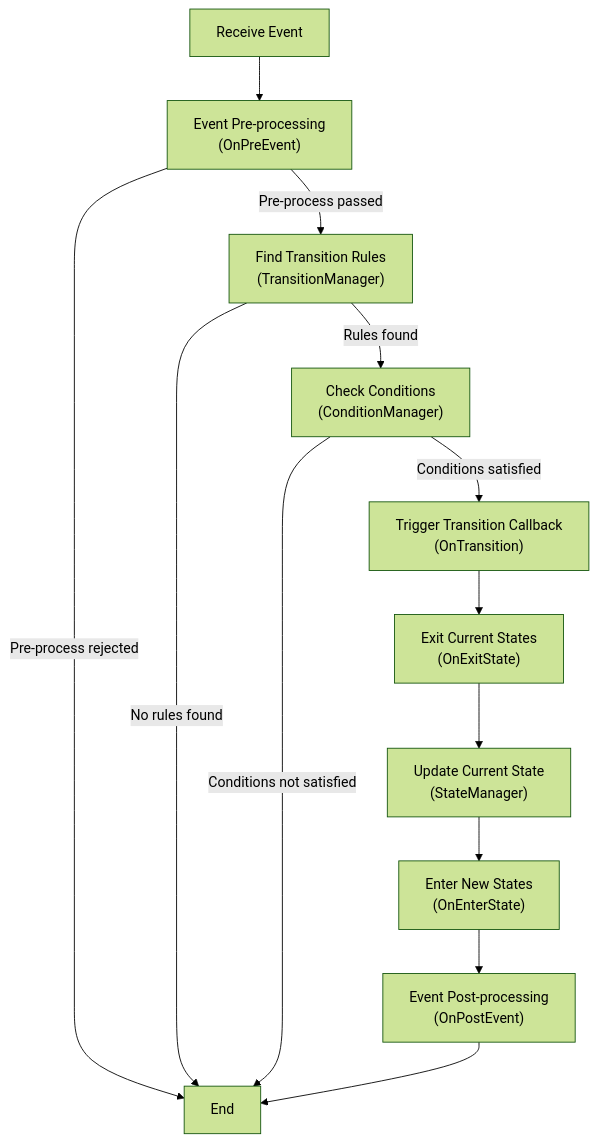
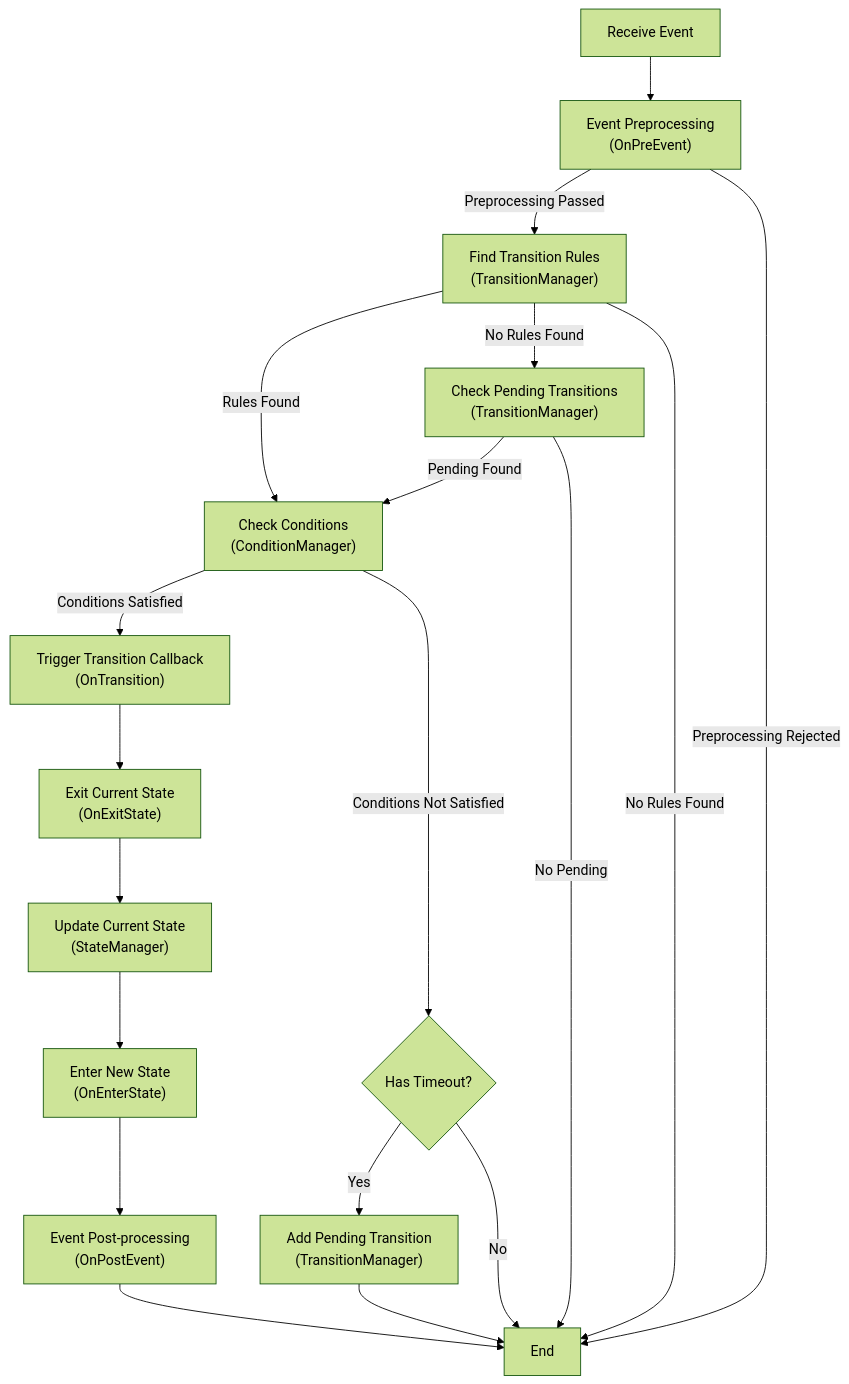
Before and after one commit to JUSTLIKEHU/StateMachine_Frame: the second of 6 diagrams in README.md, drawn with Mermaid (forest theme). The commit also changed other lines of this file and 18 other files, not shown here.

Commit message:
feat(smf): Support condition/transition timeout

````diff
--- a/README.md
+++ b/README.md
@@ -1151,18 +1227,26 @@
 ```mermaid
 graph TD
-    Start[Receive Event] --> PreProcess["Event Pre-processing<br>(OnPreEvent)"]
-    PreProcess -- Pre-process passed --> FindRules["Find Transition Rules<br>(TransitionManager)"]
-    PreProcess -- Pre-process rejected --> End[End]
+    Start[Receive Event] --> PreProcess["Event Preprocessing<br>(OnPreEvent)"]
+    PreProcess -- Preprocessing Passed --> FindRules["Find Transition Rules<br>(TransitionManager)"]
+    PreProcess -- Preprocessing Rejected --> End[End]
     
-    FindRules -- Rules found --> CheckCond["Check Conditions<br>(ConditionManager)"]
-    FindRules -- No rules found --> End
+    FindRules -- Rules Found --> CheckCond["Check Conditions<br>(ConditionManager)"]
+    FindRules -- No Rules Found --> CheckPending["Check Pending Transitions<br>(TransitionManager)"]
+    FindRules -- No Rules Found --> End
     
-    CheckCond -- Conditions satisfied --> TransCallback["Trigger Transition Callback<br>(OnTransition)"]
-    CheckCond -- Conditions not satisfied --> End
+    CheckCond -- Conditions Satisfied --> TransCallback["Trigger Transition Callback<br>(OnTransition)"]
+    CheckCond -- Conditions Not Satisfied --> CheckTimeout{"Has Timeout?"}
     
-    TransCallback --> ExitStates["Exit Current States<br>(OnExitState)"]
+    CheckTimeout -- Yes --> AddPending["Add Pending Transition<br>(TransitionManager)"]
+    CheckTimeout -- No --> End
+    AddPending --> End
+    
+    CheckPending -- Pending Found --> CheckCond
+    CheckPending -- No Pending --> End
+    
+    TransCallback --> ExitStates["Exit Current State<br>(OnExitState)"]
     ExitStates --> UpdateState["Update Current State<br>(StateManager)"]
-    UpdateState --> EnterStates["Enter New States<br>(OnEnterState)"]
+    UpdateState --> EnterStates["Enter New State<br>(OnEnterState)"]
     EnterStates --> PostProcess["Event Post-processing<br>(OnPostEvent)"]
     PostProcess --> End
 ```
````
